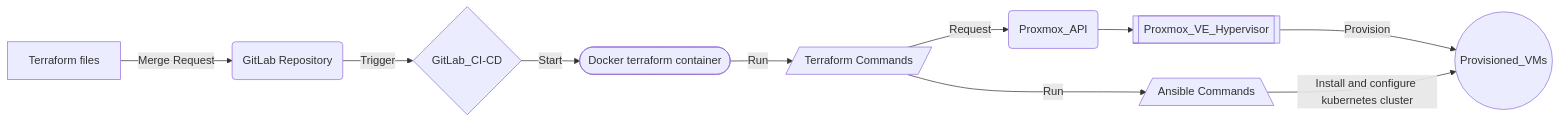
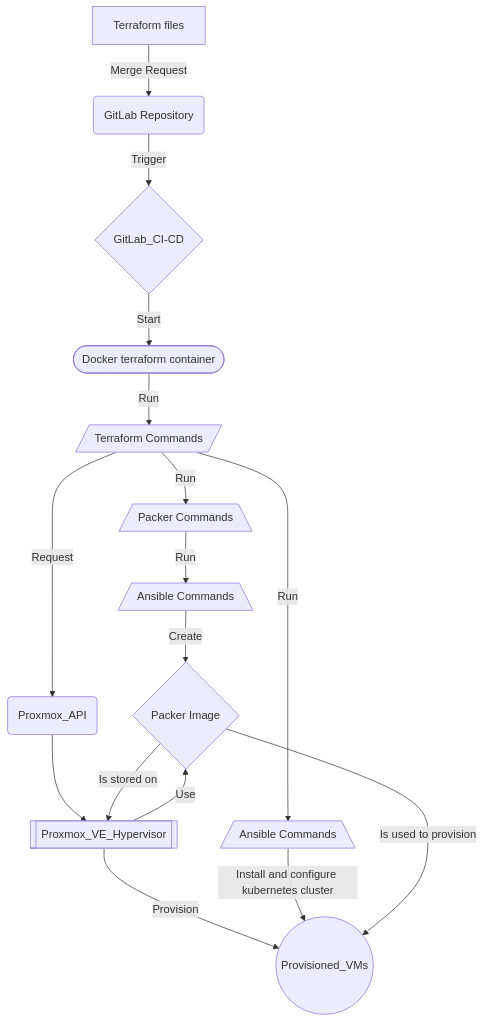
Before and after one commit to wyll-io/devops_utils: the diagram in terraform/sample/proxmox_infra_deployment/terraform/VMs/README.md, drawn with Mermaid. The commit also changed other lines of this file and 50 other files, not shown here.

````diff
--- a/terraform/sample/proxmox_infra_deployment/terraform/VMs/README.md
+++ b/terraform/sample/proxmox_infra_deployment/terraform/VMs/README.md
@@ -47,13 +48,19 @@
 ```mermaid
-flowchart LR;
+flowchart TB;
 A[Terraform files] -->|Merge Request| B(GitLab Repository);
 B -->|Trigger| C{GitLab_CI-CD};
 C -->|Start| CA([Docker terraform container])
 CA -->|Run| D[/Terraform Commands/];
-D --> |Run| DA[/Ansible Commands\]
+D --> |Run| DA[/Ansible Commands\];
+D --> |Run| DB[/Packer Commands\];
+DB --> |Run| DAA[/Ansible Commands\];
 D -->|Request| E(Proxmox_API);
 E --> F[[Proxmox_VE_Hypervisor]];
 F -->|Provision| G((Provisioned_VMs));
 DA -->|Install and configure kubernetes cluster| G
+DAA --> |Create|DBA{Packer Image}
+DBA --> |Is stored on|F
+DBA --> |Is used to provision|G
+F --> |Use| DBA
 
 ```
````
